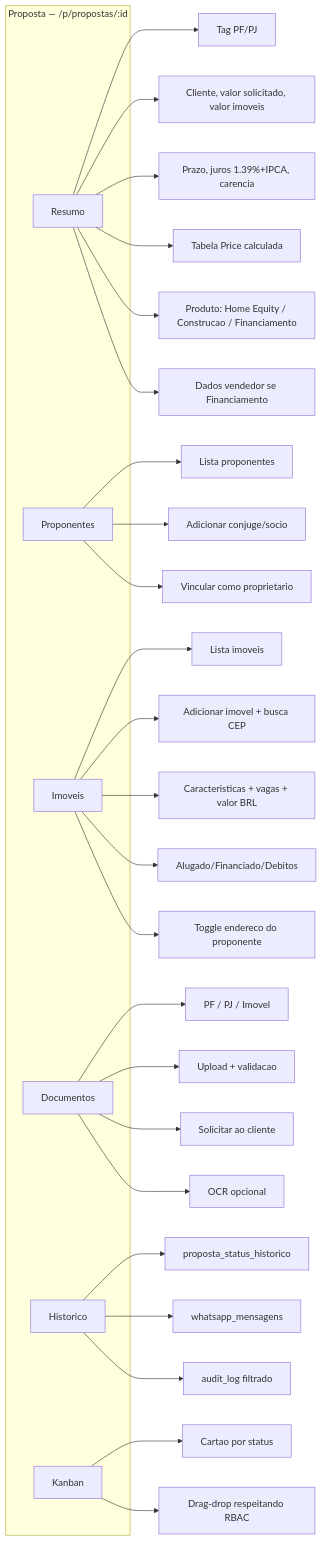
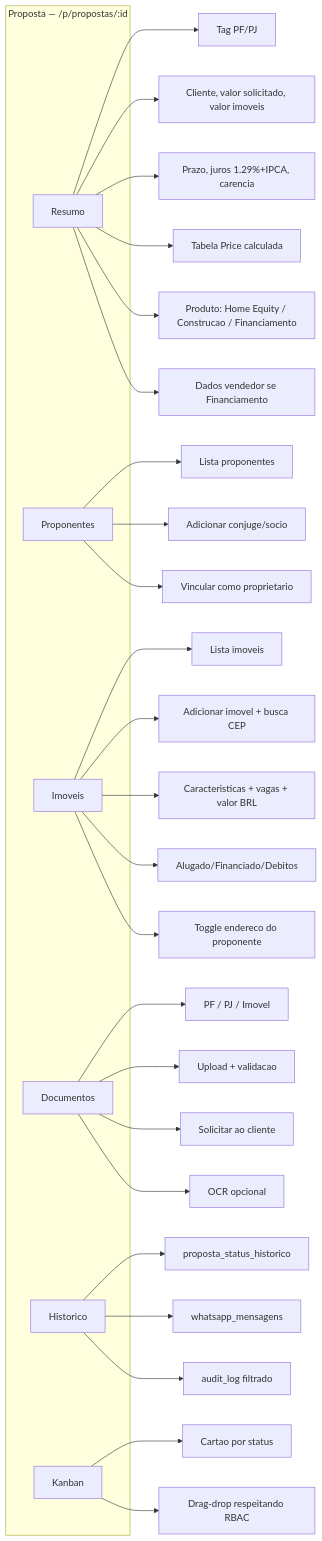
One commit to bonacciniWd/mercurio-capital changed diagram 13 of 28 in docs/design/10-blueprint-visual.md. Above: the diagram before and after it, drawn with Mermaid. The commit also changed other lines of this file and 39 other files, not shown here.

````diff
--- a/docs/design/10-blueprint-visual.md
+++ b/docs/design/10-blueprint-visual.md
@@ -604,40 +608,40 @@
 ```mermaid
 flowchart LR
   subgraph TABS["Proposta — /p/propostas/:id"]
     T1[Resumo]
     T2[Proponentes]
     T3[Imoveis]
     T4[Documentos]
     T5[Historico]
     T6[Kanban]
   end
 
   T1 --> R1[Tag PF/PJ]
   T1 --> R2[Cliente, valor solicitado, valor imoveis]
-  T1 --> R3[Prazo, juros 1.39%+IPCA, carencia]
+  T1 --> R3[Prazo, juros 1.29%+IPCA, carencia]
   T1 --> R4[Tabela Price calculada]
   T1 --> R5[Produto: Home Equity / Construcao / Financiamento]
   T1 --> R6[Dados vendedor se Financiamento]
 
   T2 --> P1[Lista proponentes]
   T2 --> P2[Adicionar conjuge/socio]
   T2 --> P3[Vincular como proprietario]
 
   T3 --> I1[Lista imoveis]
   T3 --> I2[Adicionar imovel + busca CEP]
   T3 --> I3[Caracteristicas + vagas + valor BRL]
   T3 --> I4[Alugado/Financiado/Debitos]
   T3 --> I5[Toggle endereco do proponente]
 
   T4 --> D1[PF / PJ / Imovel]
   T4 --> D2[Upload + validacao]
   T4 --> D3[Solicitar ao cliente]
   T4 --> D4[OCR opcional]
 
   T5 --> H1[proposta_status_historico]
   T5 --> H2[whatsapp_mensagens]
   T5 --> H3[audit_log filtrado]
 
   T6 --> K1[Cartao por status]
   T6 --> K2[Drag-drop respeitando RBAC]
 ```
````
